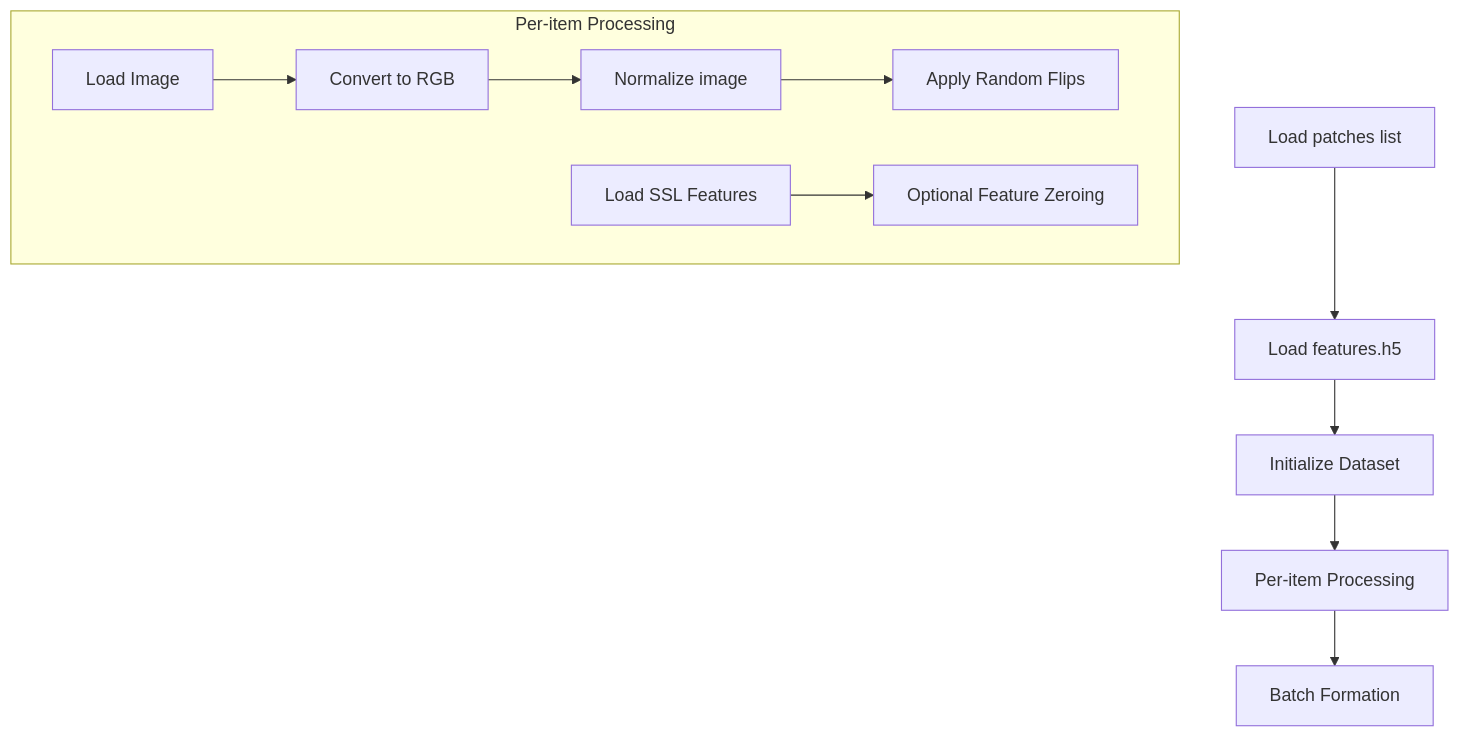
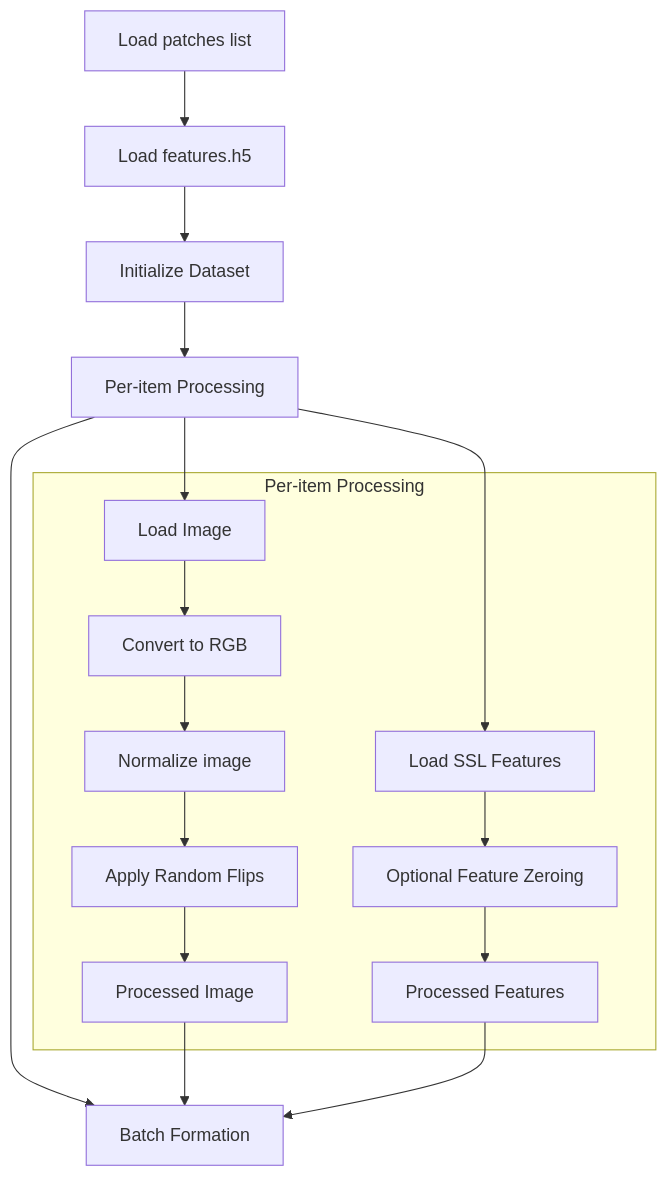
Before and after one commit to minha12/Large-Image-Diffusion: the first of 2 diagrams in README.md, drawn with Mermaid.

Commit message:
update README.md to enhance flowchart

````diff
--- a/README.md
+++ b/README.md
@@ -84,14 +84,21 @@
   ```mermaid
   graph TD
       A[Load patches list] --> B[Load features.h5]
       B --> C[Initialize Dataset]
       C --> D[Per-item Processing]
       D --> E[Batch Formation]
       
       subgraph "Per-item Processing"
           F[Load Image] --> G[Convert to RGB]
           G --> H[Normalize image]
           H --> I[Apply Random Flips]
+          I --> L[Processed Image]
           J[Load SSL Features] --> K[Optional Feature Zeroing]
+          K --> M[Processed Features]
       end
+      
+      D --> F
+      D --> J
+      L --> E
+      M --> E
   ```
````
